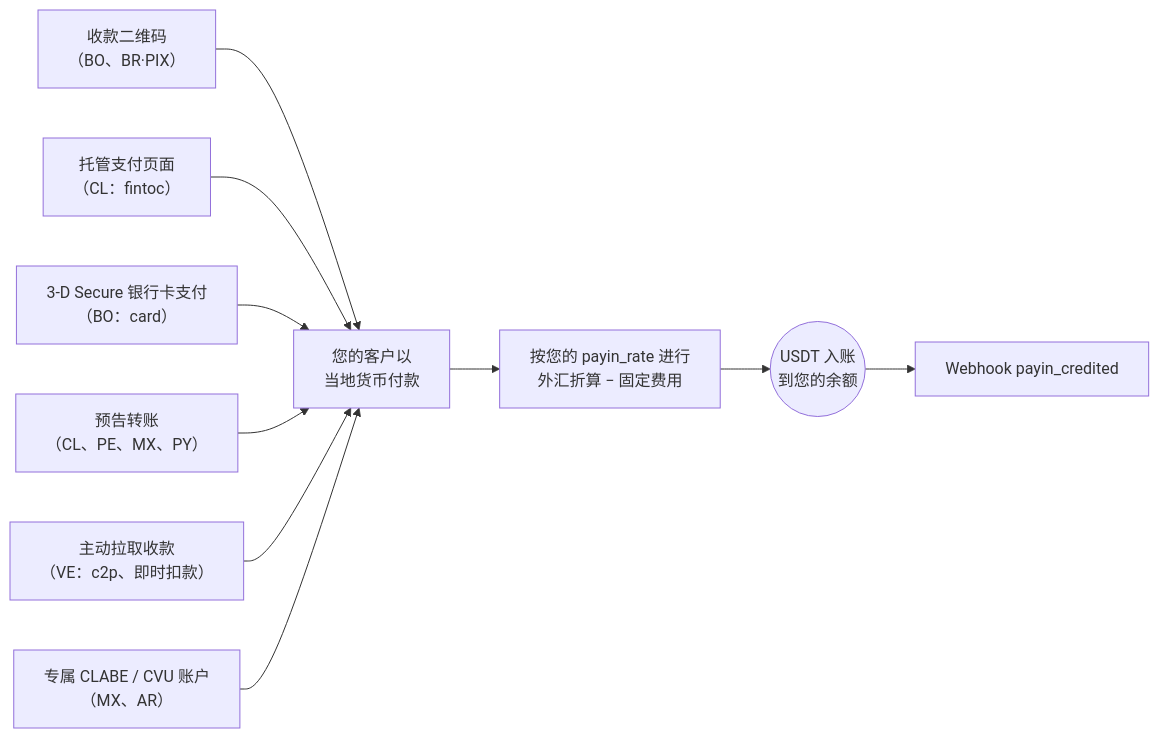
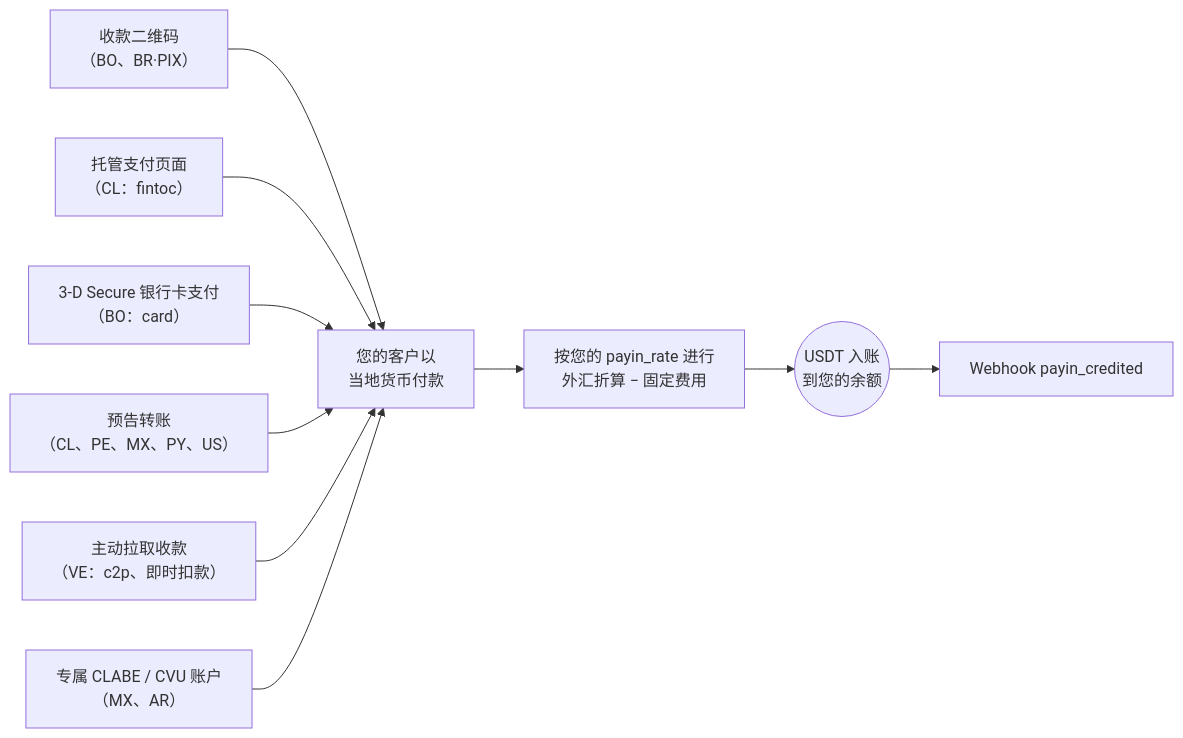
One commit to SaturoS17/docs changed the diagram in mcp-pack/guides/zh/guides/payins.md. Above: the diagram before and after it, drawn with Mermaid. The commit also changed other lines of this file and 35 other files, not shown here.

````diff
--- a/mcp-pack/guides/zh/guides/payins.md
+++ b/mcp-pack/guides/zh/guides/payins.md
@@ -16,12 +16,12 @@
 ```mermaid
 flowchart LR
     qr["收款二维码<br/>（BO、BR·PIX）"] --> pay["您的客户以<br/>当地货币付款"]
     hosted["托管支付页面<br/>（CL：fintoc）"] --> pay
     card["3-D Secure 银行卡支付<br/>（BO：card）"] --> pay
-    announced["预告转账<br/>（CL、PE、MX、PY）"] --> pay
+    announced["预告转账<br/>（CL、PE、MX、PY、US）"] --> pay
     pull["主动拉取收款<br/>（VE：c2p、即时扣款）"] --> pay
     clabe["专属 CLABE / CVU 账户<br/>（MX、AR）"] --> pay
     pay --> conv["按您的 payin_rate 进行<br/>外汇折算 − 固定费用"]
     conv --> credit(("USDT 入账<br/>到您的余额"))
     credit --> wh["Webhook payin_credited"]
 ```
````
